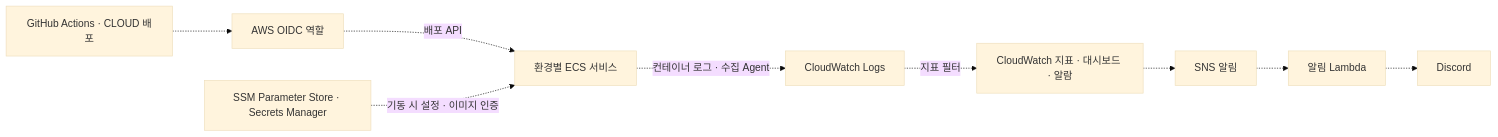
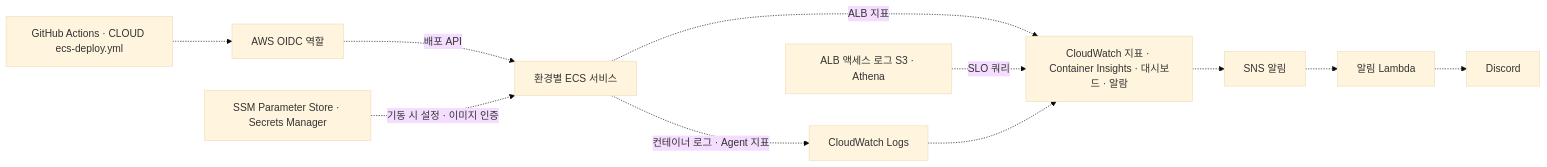
One commit to 100-hours-a-week/KTB4-5th-CLOUD changed the fourth of 4 diagrams in docs/design/v2 환경별 구축 아키텍처.md. Above: the diagram before and after it, drawn with Mermaid (base theme). The commit also changed other lines of this file and 12 other files, not shown here.

````diff
--- a/docs/design/v2 환경별 구축 아키텍처.md
+++ b/docs/design/v2 환경별 구축 아키텍처.md
@@ -203,17 +207,20 @@
 ```mermaid
 flowchart LR
-    pipeline["GitHub Actions · CLOUD 배포"]
+    pipeline["GitHub Actions · CLOUD ecs-deploy.yml"]
     oidc["AWS OIDC 역할"]
     ecs["환경별 ECS 서비스"]
     config["SSM Parameter Store · Secrets Manager"]
     logs["CloudWatch Logs"]
-    metrics["CloudWatch 지표 · 대시보드 · 알람"]
+    alblogs["ALB 액세스 로그 S3 · Athena"]
+    metrics["CloudWatch 지표 · Container Insights · 대시보드 · 알람"]
     topic["SNS 알림"]
     alert["알림 Lambda"]
     discord["Discord"]
     pipeline -.-> oidc -.->|"배포 API"| ecs
     config -.->|"기동 시 설정 · 이미지 인증"| ecs
-    ecs -.->|"컨테이너 로그 · 수집 Agent"| logs
-    logs -.->|"지표 필터"| metrics
+    ecs -.->|"컨테이너 로그 · Agent 지표"| logs
+    ecs -.->|"ALB 지표"| metrics
+    alblogs -.->|"SLO 쿼리"| metrics
+    logs -.-> metrics
     metrics -.-> topic -.-> alert -.-> discord
 ```
````
